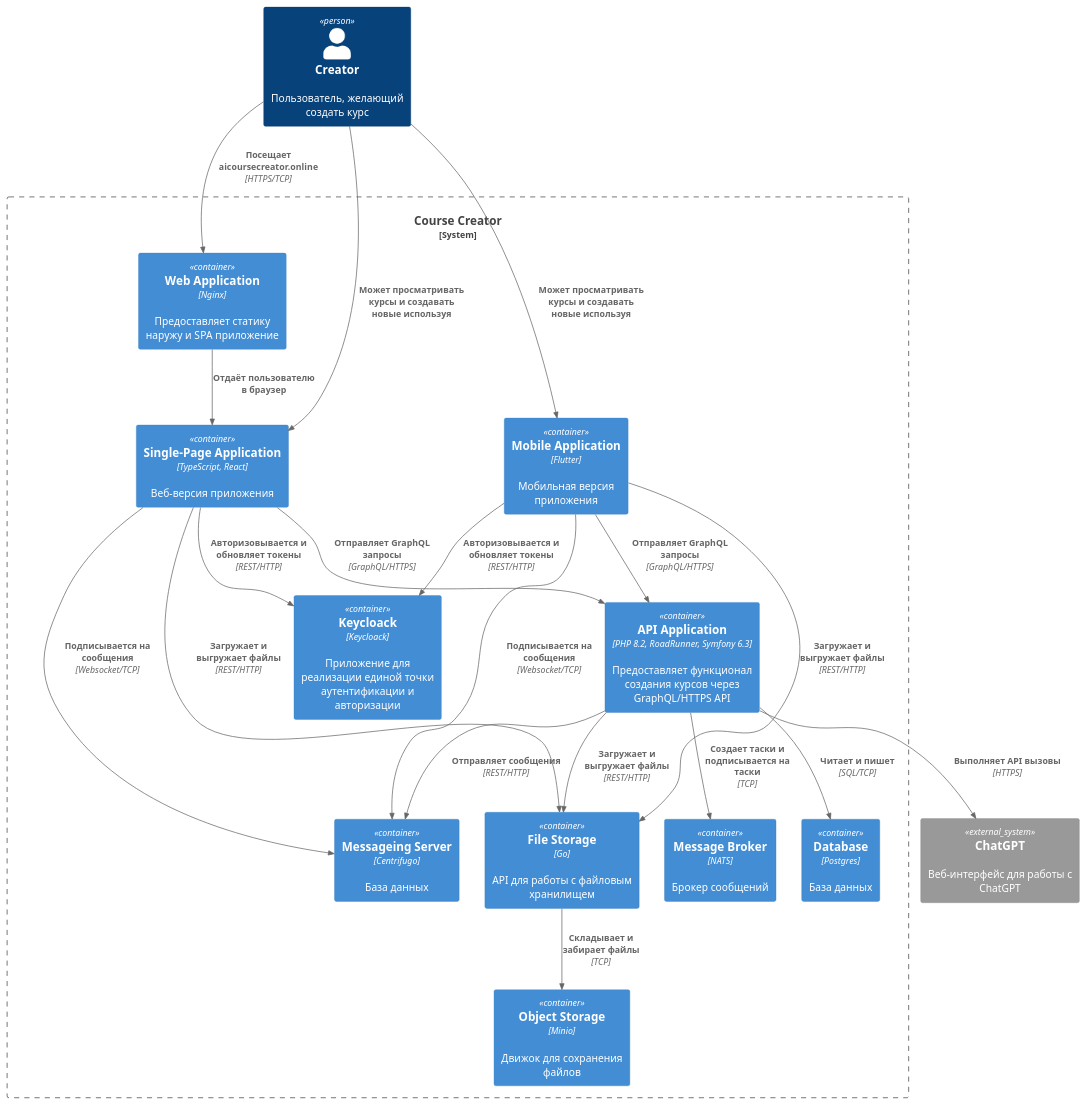
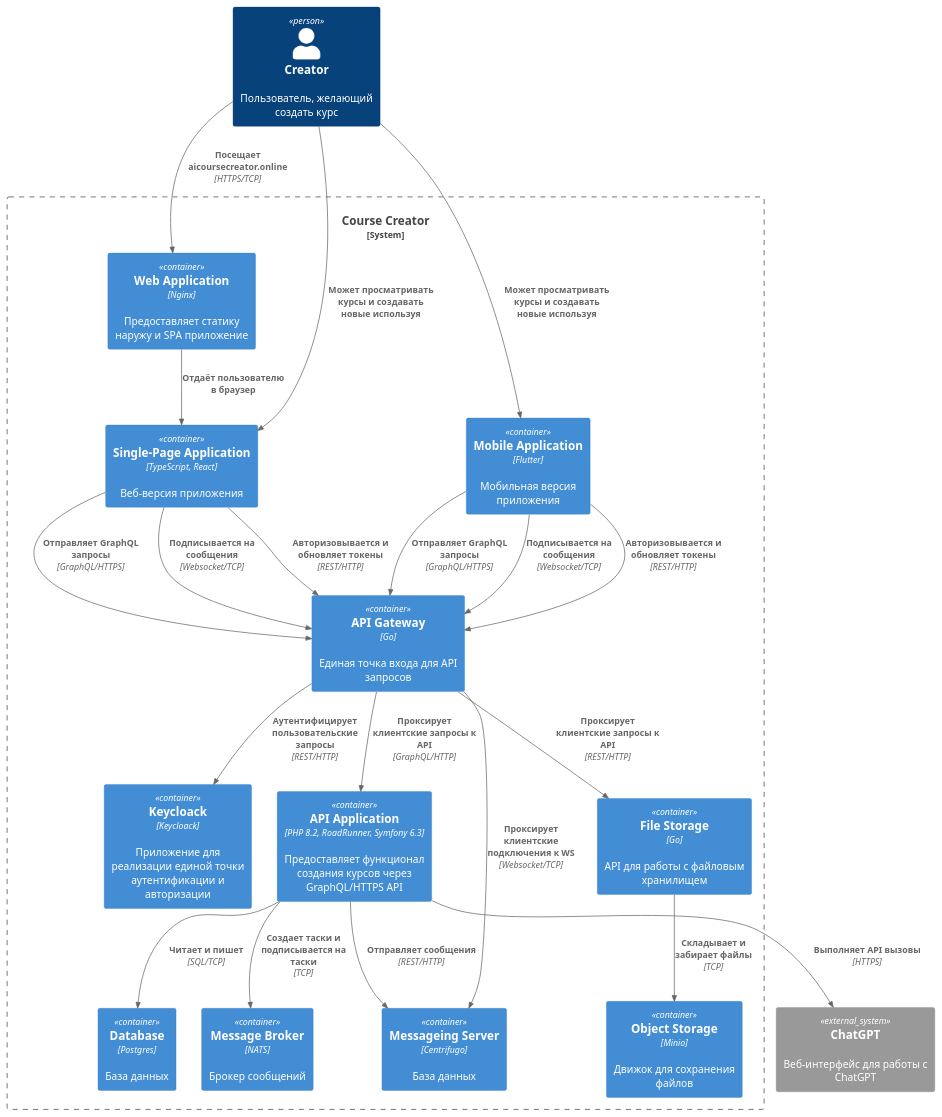
One commit to Monkey-Business-Edu/docs-obsidian changed the diagram in 2. Технический проект/C4-Диаграммы/C4_container.puml. Above: the diagram before and after it, drawn with PlantUML. The commit also changed 1 other file, not shown here.

Commit message:
Обновил диаграмму контейнеров

```diff
--- a/2. Технический проект/C4-Диаграммы/C4_container.puml
+++ b/2. Технический проект/C4-Диаграммы/C4_container.puml
@@ -1,44 +1,53 @@
 @startuml C4_container
 !include  https://raw.githubusercontent.com/plantuml-stdlib/C4-PlantUML/master/C4_Container.puml
 
 Person(user_creator, "Creator", "Пользователь, желающий создать курс")
 
 /'###< Course Creator System '/
 System_Boundary(system_course_creator, "Course Creator") {
     Container(tool_course_creator_nginx, "Web Application", "Nginx", "Предоставляет статику наружу и SPA приложение")
+    Container(tool_course_creator_api_gateway, "API Gateway", "Go", "Единая точка входа для API запросов")
     Container(tool_course_creator_keycloack, "Keycloack", "Keycloack", "Приложение для реализации единой точки аутентификации и авторизации")
     Container(app_course_creator_frontend, "Single-Page Application", "TypeScript, React", "Веб-версия приложения")
     Container(tool_course_creator_centrifugo, "Messageing Server", "Centrifugo", "База данных")
     Container(app_course_creator_mobile, "Mobile Application", "Flutter", "Мобильная версия приложения")
     Container(app_course_creator_backend, "API Application", "PHP 8.2, RoadRunner, Symfony 6.3", "Предоставляет функционал создания курсов через GraphQL/HTTPS API")
     Container(tool_course_creator_postgres, "Database", "Postgres", "База данных")
     Container(tool_course_creator_nats, "Message Broker", "NATS", "Брокер сообщений")
     Container(app_course_creator_filestorage, "File Storage", "Go", "API для работы с файловым хранилищем")
     Container(tool_course_creator_minio, "Object Storage", "Minio", "Движок для сохранения файлов")
 }
 Rel(tool_course_creator_nginx, app_course_creator_frontend, "Отдаёт пользователю в браузер")
-Rel(app_course_creator_frontend, app_course_creator_backend, "Отправляет GraphQL запросы", "GraphQL/HTTPS")
-Rel(app_course_creator_mobile, app_course_creator_backend, "Отправляет GraphQL запросы", "GraphQL/HTTPS")
-Rel(app_course_creator_frontend, tool_course_creator_centrifugo, "Подписывается на сообщения", "Websocket/TCP")
-Rel(app_course_creator_mobile, tool_course_creator_centrifugo, "Подписывается на сообщения", "Websocket/TCP")
+
+Rel(app_course_creator_frontend, tool_course_creator_api_gateway, "Отправляет GraphQL запросы", "GraphQL/HTTPS")
+Rel(app_course_creator_mobile, tool_course_creator_api_gateway, "Отправляет GraphQL запросы", "GraphQL/HTTPS")
+
+Rel(app_course_creator_frontend, tool_course_creator_api_gateway, "Подписывается на сообщения", "Websocket/TCP")
+Rel(app_course_creator_mobile, tool_course_creator_api_gateway, "Подписывается на сообщения", "Websocket/TCP")
+
+Rel(app_course_creator_frontend, tool_course_creator_api_gateway, "Авторизовывается и обновляет токены", "REST/HTTP")
+Rel(app_course_creator_mobile, tool_course_creator_api_gateway, "Авторизовывается и обновляет токены", "REST/HTTP")
+
+Rel(tool_course_creator_api_gateway, app_course_creator_backend, "Проксирует клиентские запросы к API", "GraphQL/HTTP")
+Rel(tool_course_creator_api_gateway, tool_course_creator_centrifugo, "Проксирует клиентские подключения к WS", "Websocket/TCP")
+
+Rel(tool_course_creator_api_gateway, app_course_creator_filestorage, "Проксирует клиентские запросы к API", "REST/HTTP")
+Rel(tool_course_creator_api_gateway, tool_course_creator_keycloack, "Аутентифицирует пользовательские запросы", "REST/HTTP")
+
 Rel(app_course_creator_backend, tool_course_creator_centrifugo, "Отправляет сообщения", "REST/HTTP")
 Rel(app_course_creator_backend, tool_course_creator_postgres, "Читает и пишет", "SQL/TCP")
 Rel(app_course_creator_backend, tool_course_creator_nats, "Создает таски и подписывается на таски", "TCP")
-Rel(app_course_creator_backend, app_course_creator_filestorage, "Загружает и выгружает файлы", "REST/HTTP")
-Rel(app_course_creator_frontend, app_course_creator_filestorage, "Загружает и выгружает файлы", "REST/HTTP")
-Rel(app_course_creator_mobile, app_course_creator_filestorage, "Загружает и выгружает файлы", "REST/HTTP")
-Rel(app_course_creator_frontend, tool_course_creator_keycloack, "Авторизовывается и обновляет токены", "REST/HTTP")
-Rel(app_course_creator_mobile, tool_course_creator_keycloack, "Авторизовывается и обновляет токены", "REST/HTTP")
+
 Rel(app_course_creator_filestorage, tool_course_creator_minio, "Складывает и забирает файлы", "TCP")
 /'###> Course Creator System '/
 
 /'###< ChatGPT System '/
 System_Ext(system_chat_gpt, "ChatGPT", "Веб-интерфейс для работы с ChatGPT")
 /'###> ChatGPT System '/
 
 Rel(user_creator, tool_course_creator_nginx, "Посещает aicoursecreator.online", "HTTPS/TCP")
 Rel(user_creator, app_course_creator_frontend, "Может просматривать курсы и создавать новые используя")
 Rel(user_creator, app_course_creator_mobile, "Может просматривать курсы и создавать новые используя")
 
 Rel(app_course_creator_backend, system_chat_gpt, "Выполняет API вызовы", "HTTPS")
 @enduml
```
